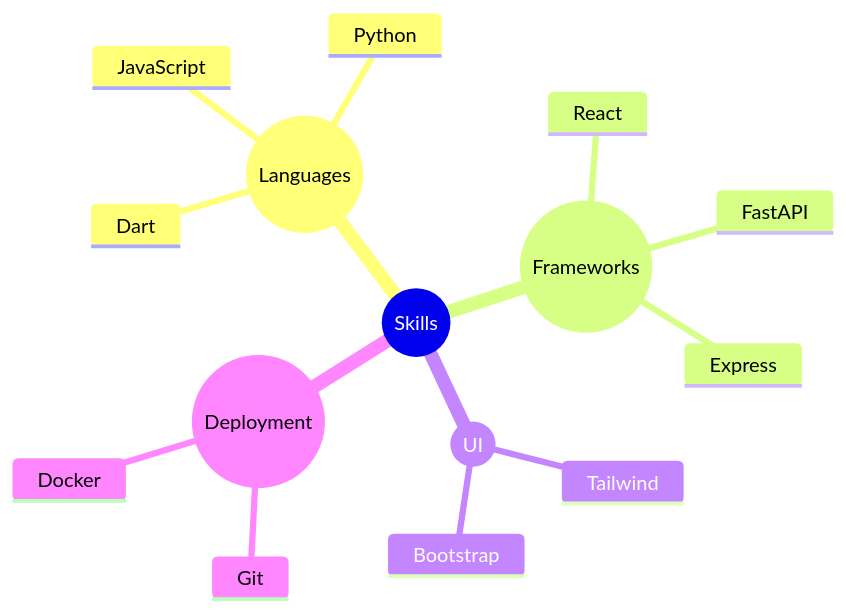
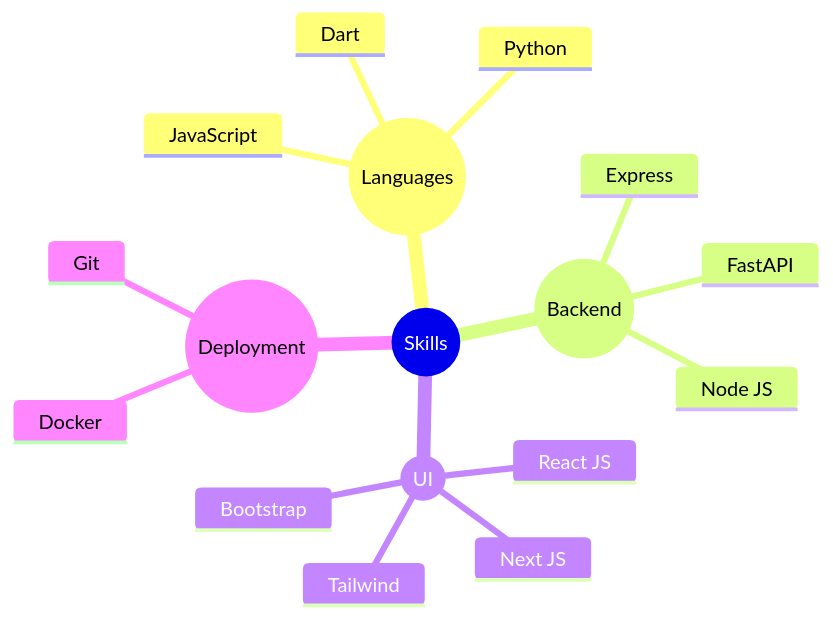
The diagram in README.md (MisbahHaq/MisbahHaq), drawn with Mermaid before and after one commit.

Commit message:
README.md

````diff
--- a/README.md
+++ b/README.md
@@ -14,18 +14,20 @@
 ```mermaid
 mindmap
   root((Skills))
     ((Languages))
       JavaScript
       Python
       Dart
-    ((Frameworks))
-      React
+    ((Backend))
+      Node JS
       FastAPI
       Express
     ((UI))
       Tailwind
       Bootstrap
+      React JS
+      Next JS
     ((Deployment))
       Git
       Docker
 ```
````
